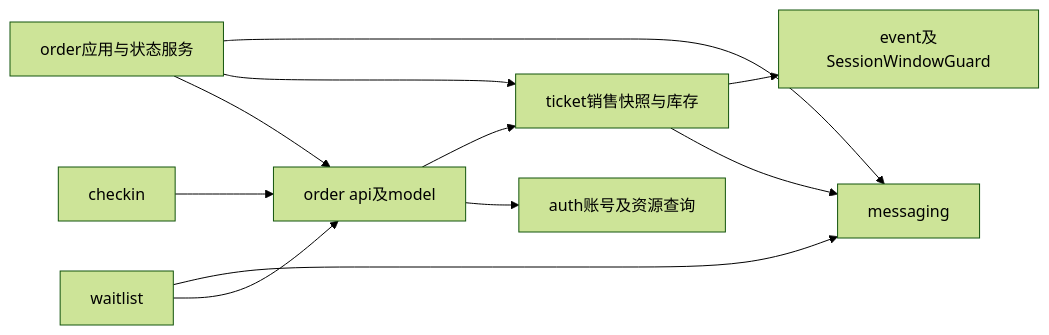
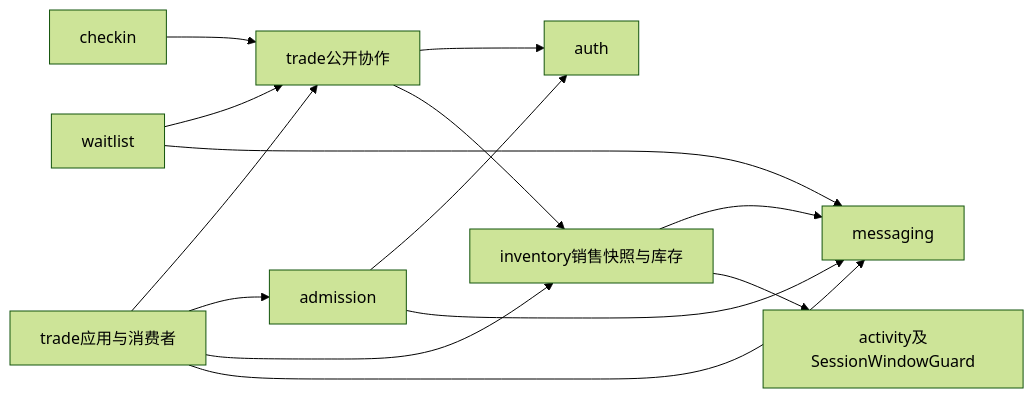
The second of 3 diagrams in docs/01-architecture.md (WGMJJM/ticketing), drawn with Mermaid (forest theme) before and after one commit. The commit also changed other lines of this file and 397 other files, not shown here.

````diff
--- a/docs/01-architecture.md
+++ b/docs/01-architecture.md
@@ -47,13 +47,16 @@
 ```mermaid
 graph LR
-  W[waitlist] --> OA[order api及model]
+  W[waitlist] --> OA[trade公开协作]
   C[checkin] --> OA
-  O[order应用与状态服务] --> OA
-  OA --> A[auth账号及资源查询]
-  OA --> T[ticket销售快照与库存]
+  O[trade应用与消费者] --> OA
+  O --> AD[admission]
+  AD --> A[auth]
+  AD --> M[messaging]
+  OA --> A
+  OA --> T[inventory销售快照与库存]
   O --> T
   O --> M[messaging]
   W --> M
   T --> M
-  T --> E[event及SessionWindowGuard]
+  T --> E[activity及SessionWindowGuard]
 ```
````
